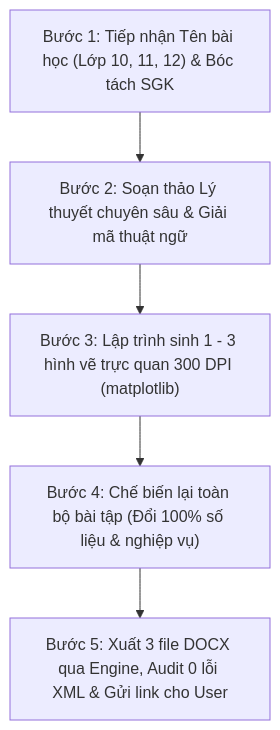
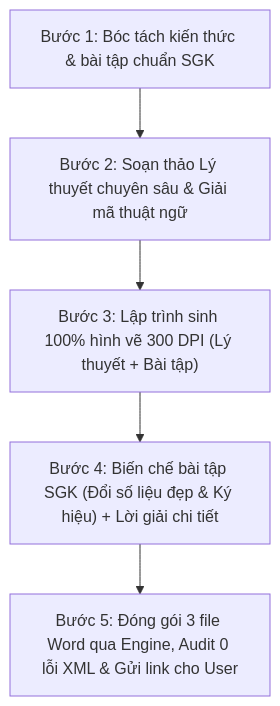
Before and after one commit to sunlight3d/skills: the diagram in mathplus-che-bien-ly-thuyet-bai-tap/SKILL.md, drawn with Mermaid. The commit also changed other lines of this file and 1 other file, not shown here.

Commit message:
Enhance mathplus-che-bien-ly-thuyet-bai-tap with robust math handling and docx engine

````diff
--- a/mathplus-che-bien-ly-thuyet-bai-tap/SKILL.md
+++ b/mathplus-che-bien-ly-thuyet-bai-tap/SKILL.md
@@ -89,7 +110,7 @@
 ```mermaid
 flowchart TD
-    A["Bước 1: Tiếp nhận Tên bài học (Lớp 10, 11, 12) & Bóc tách SGK"] --> B["Bước 2: Soạn thảo Lý thuyết chuyên sâu & Giải mã thuật ngữ"]
-    B --> C["Bước 3: Lập trình sinh 1 - 3 hình vẽ trực quan 300 DPI (matplotlib)"]
-    C --> D["Bước 4: Chế biến lại toàn bộ bài tập (Đổi 100% số liệu & nghiệp vụ)"]
-    D --> E["Bước 5: Xuất 3 file DOCX qua Engine, Audit 0 lỗi XML & Gửi link cho User"]
+    A["Bước 1: Bóc tách kiến thức & bài tập chuẩn SGK"] --> B["Bước 2: Soạn thảo Lý thuyết chuyên sâu & Giải mã thuật ngữ"]
+    B --> C["Bước 3: Lập trình sinh 100% hình vẽ 300 DPI (Lý thuyết + Bài tập)"]
+    C --> D["Bước 4: Biến chế bài tập SGK (Đổi số liệu đẹp & Ký hiệu) + Lời giải chi tiết"]
+    D --> E["Bước 5: Đóng gói 3 file Word qua Engine, Audit 0 lỗi XML & Gửi link cho User"]
 ```
````
